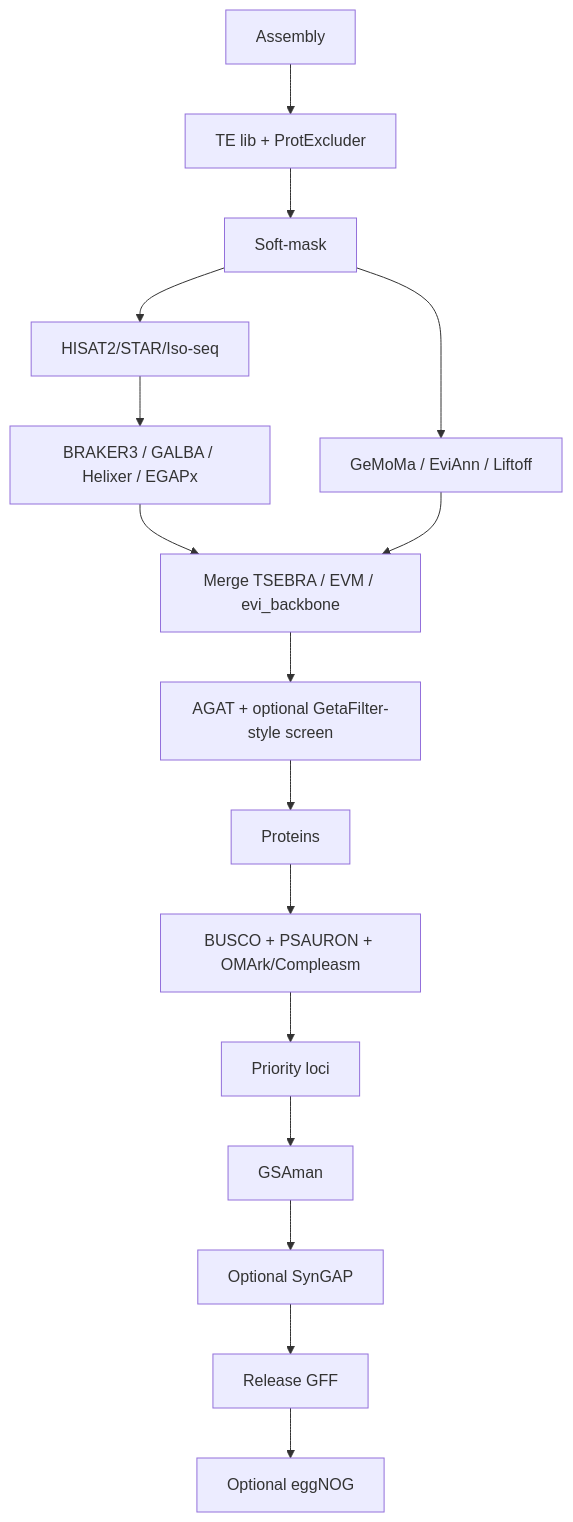
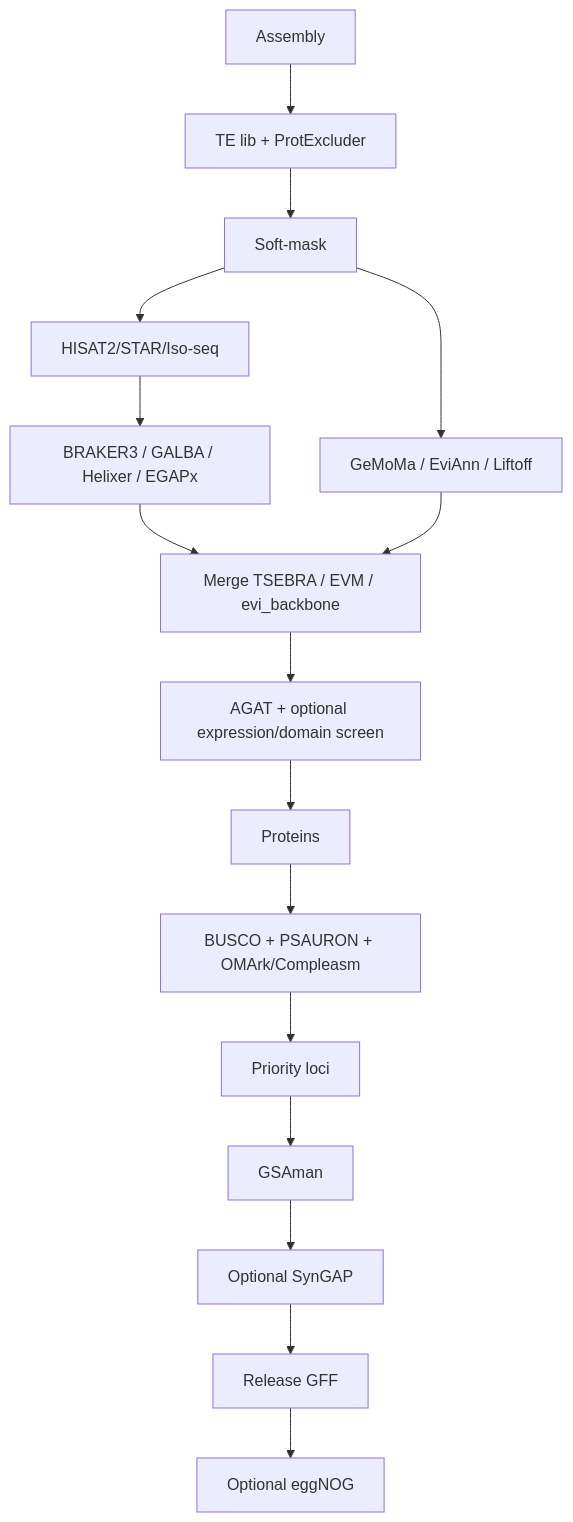
One commit to Xuzhen-Li/vitis-gene-annotation changed the diagram in docs/FULL_PIPELINE.md. Above: the diagram before and after it, drawn with Mermaid. The commit also changed other lines of this file and 4 other files, not shown here.

````diff
--- a/docs/FULL_PIPELINE.md
+++ b/docs/FULL_PIPELINE.md
@@ -3,18 +6,18 @@
 ```mermaid
 flowchart TD
   A[Assembly] --> B[TE lib + ProtExcluder]
   B --> C[Soft-mask]
   C --> D[HISAT2/STAR/Iso-seq]
   D --> E1[BRAKER3 / GALBA / Helixer / EGAPx]
   C --> E2[GeMoMa / EviAnn / Liftoff]
   E1 --> F[Merge TSEBRA / EVM / evi_backbone]
   E2 --> F
-  F --> G[AGAT + optional GetaFilter-style screen]
+  F --> G[AGAT + optional expression/domain screen]
   G --> H[Proteins]
   H --> I[BUSCO + PSAURON + OMArk/Compleasm]
   I --> J[Priority loci]
   J --> K[GSAman]
   K --> L[Optional SynGAP]
   L --> M[Release GFF]
   M --> N[Optional eggNOG]
 ```
````
